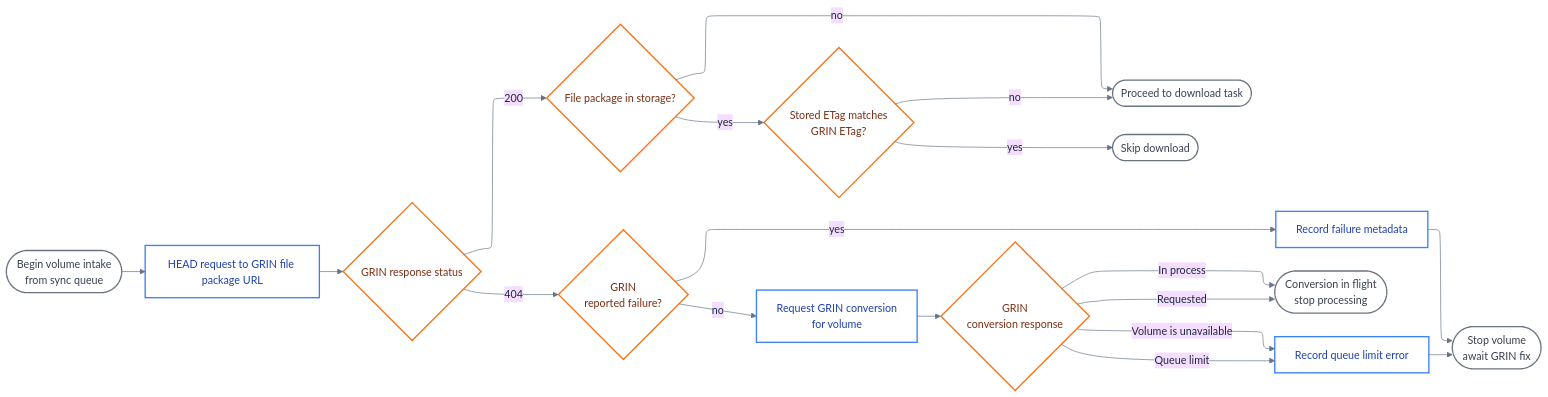
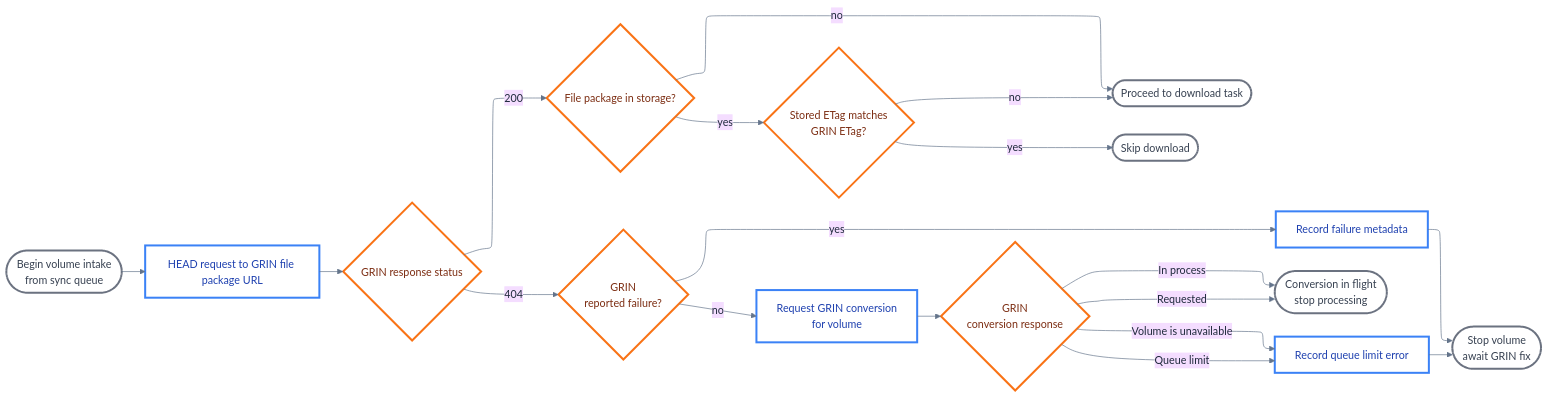
One commit to institutional/grin-transfer changed the diagram in docs/diagrams/check-conversion.mmd. Above: the diagram before and after it, drawn with Mermaid. The commit also changed 10 other files, not shown here.

Commit message:
Add diagrams with larger fonts and thicker lines

```diff
--- a/docs/diagrams/check-conversion.mmd
+++ b/docs/diagrams/check-conversion.mmd
@@ -1,23 +1,23 @@
 %%{init: {"theme": "base", "themeVariables": {"primaryTextColor": "#1e293b", "primaryBorderColor": "#475569", "lineColor": "#64748b", "background": "transparent", "mainBkg": "transparent", "secondBkg": "transparent"}, "flowchart": {"defaultRenderer": "elk", "elk": {"elk.direction": "RIGHT"}}}}%%
 flowchart LR
-classDef terminal fill:none,stroke:#6b7280,stroke-width:2px,color:#374151
-classDef process fill:none,stroke:#3b82f6,stroke-width:2px,color:#1e40af
-classDef decision fill:none,stroke:#f97316,stroke-width:2px,color:#7c2d12
+classDef terminal fill:none,stroke:#6b7280,stroke-width:3px,color:#374151
+classDef process fill:none,stroke:#3b82f6,stroke-width:3px,color:#1e40af
+classDef decision fill:none,stroke:#f97316,stroke-width:3px,color:#7c2d12
 
 Start(["Begin volume intake<br/>from sync queue"]):::terminal --> HeadGRIN["HEAD request to GRIN file package URL"]:::process
 HeadGRIN --> Response{"GRIN response status"}:::decision
 Response -->|200| StoragePresent{"File package in storage?"}:::decision
 StoragePresent -->|no| DownloadExit(["Proceed to download task"]):::terminal
 StoragePresent -->|yes| Compare{"Stored ETag matches<br/>GRIN ETag?"}:::decision
 Compare -->|yes| SkipExit(["Skip download"]):::terminal
 Compare -->|no| DownloadExit
 Response -->|404| FailureType{"GRIN <br/>reported failure?"}:::decision
 FailureType -->|yes| RecordFailure["Record failure metadata"]:::process
 RecordFailure --> ErrorExit(["Stop volume<br/>await GRIN fix"]):::terminal
 FailureType -->|no| RequestConversion["Request GRIN conversion<br/>for volume"]:::process
 RequestConversion --> ConversionStatus{"GRIN <br/>conversion response"}:::decision
 ConversionStatus -->|Requested| ConversionHold(["Conversion in flight<br/>stop processing"]):::terminal
 ConversionStatus -->|In process| ConversionHold
 ConversionStatus -->|Queue limit| ErrorRecord["Record queue limit error"]:::process
 ConversionStatus -->|Volume is unavailable| ErrorRecord
 ErrorRecord --> ErrorExit
```
